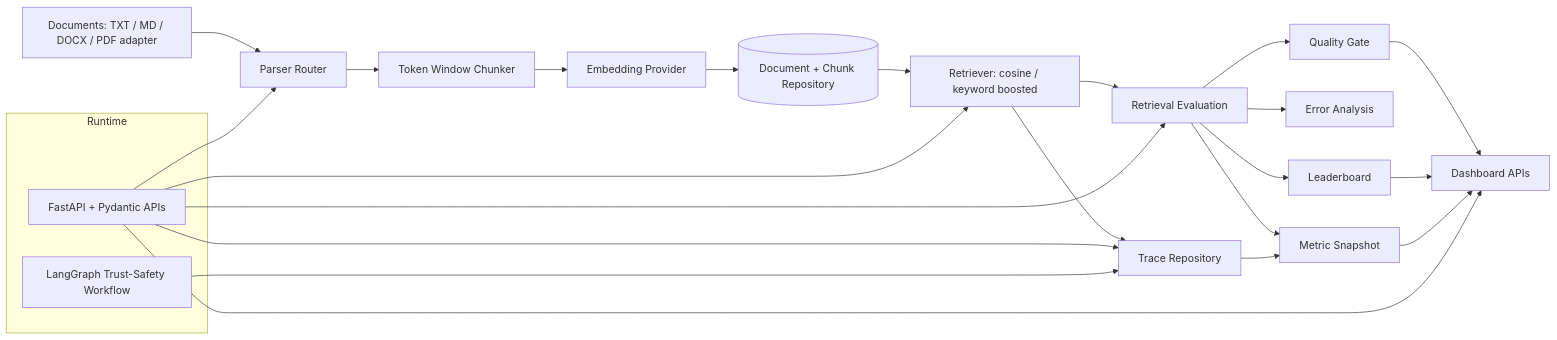
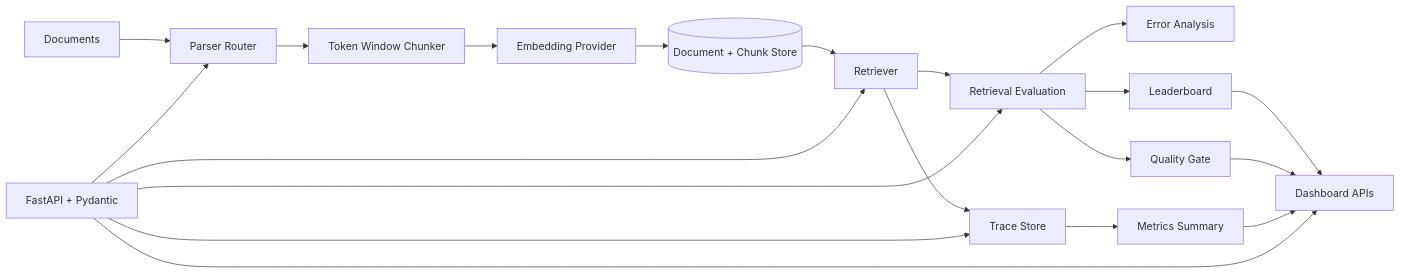
One commit to vamsipasam2000/signallens-evalops changed the diagram in README.md. Above: the diagram before and after it, drawn with Mermaid. The commit also changed other lines of this file, not shown here.

````diff
--- a/README.md
+++ b/README.md
@@ -28,30 +21,23 @@
 ```mermaid
 flowchart LR
-    Docs[Documents: TXT / MD / DOCX / PDF adapter] --> Parser[Parser Router]
+    Docs[Documents] --> Parser[Parser Router]
     Parser --> Chunker[Token Window Chunker]
     Chunker --> Embedder[Embedding Provider]
-    Embedder --> Store[(Document + Chunk Repository)]
-    Store --> Retriever[Retriever: cosine / keyword boosted]
+    Embedder --> Store[(Document + Chunk Store)]
+    Store --> Retriever[Retriever]
     Retriever --> Eval[Retrieval Evaluation]
-    Retriever --> Trace[Trace Repository]
-    Eval --> Metrics[Metric Snapshot]
+    Retriever --> Trace[Trace Store]
     Eval --> Analysis[Error Analysis]
     Eval --> Gate[Quality Gate]
     Eval --> Board[Leaderboard]
-    Trace --> Metrics
-    Gate --> Dashboard[Dashboard APIs]
-    Board --> Dashboard
+    Trace --> Metrics[Metrics Summary]
+    Board --> Dashboard[Dashboard APIs]
+    Gate --> Dashboard
     Metrics --> Dashboard
 
-    subgraph Runtime
-        API[FastAPI + Pydantic APIs]
-        Workflow[LangGraph Trust-Safety Workflow]
-    end
-
-    API --> Parser
+    API[FastAPI + Pydantic] --> Parser
     API --> Retriever
     API --> Eval
     API --> Trace
     API --> Dashboard
-    Workflow --> Trace
 ```
````
